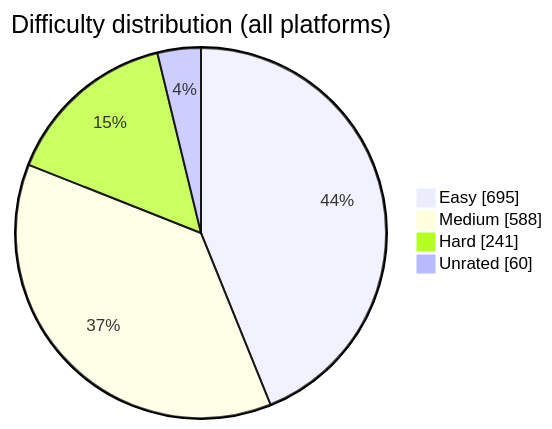
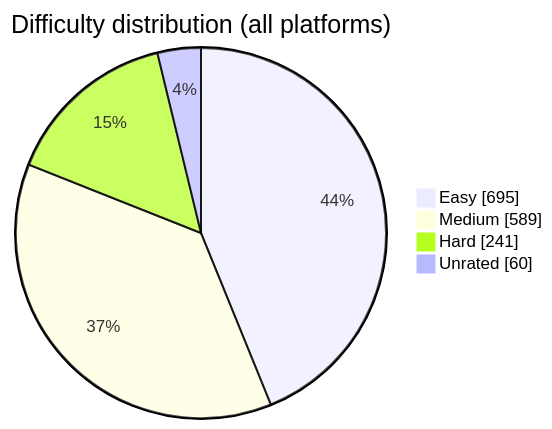
The diagram in README.md (BuildbyArindam/Daily-Coding-Log), drawn with Mermaid before and after one commit. The commit also changed other lines of this file, not shown here.

````diff
--- a/README.md
+++ b/README.md
@@ -93,7 +93,7 @@
 ```mermaid
 pie showData title Difficulty distribution (all platforms)
     "Easy" : 695
-    "Medium" : 588
+    "Medium" : 589
     "Hard" : 241
     "Unrated" : 60
 ```
````
